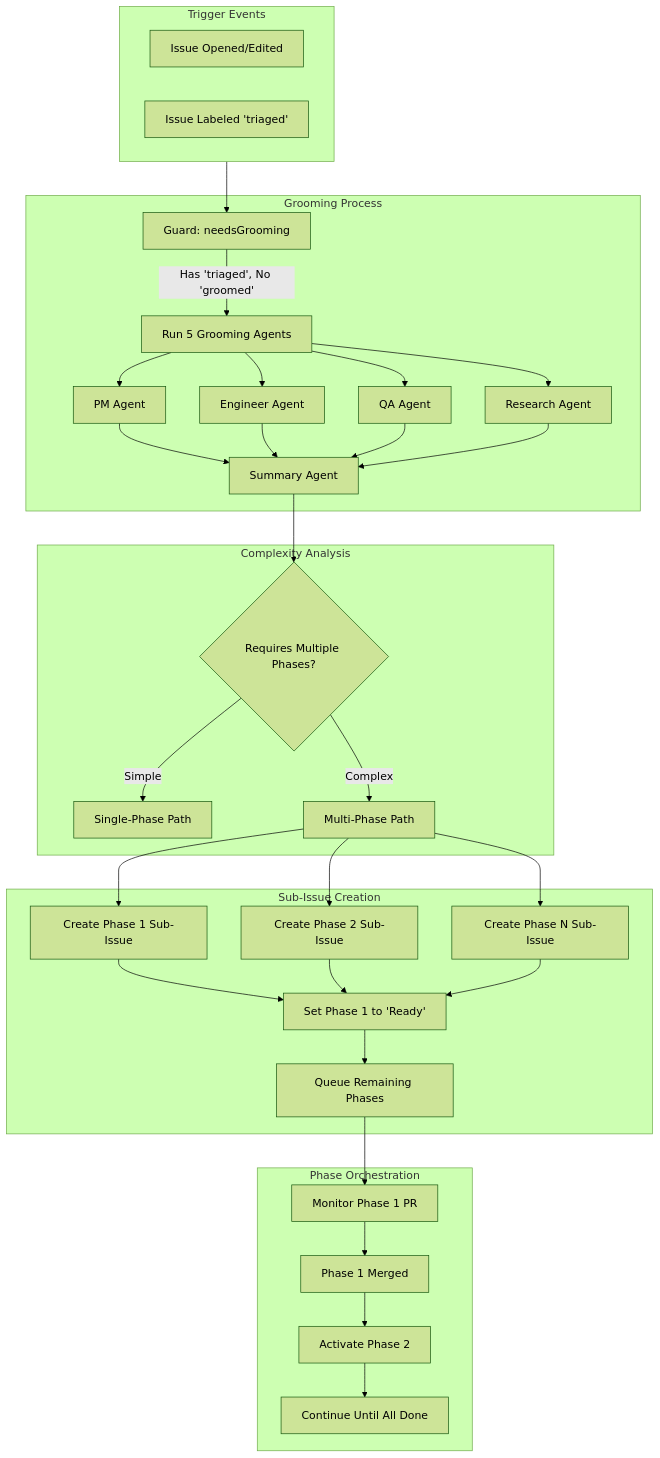
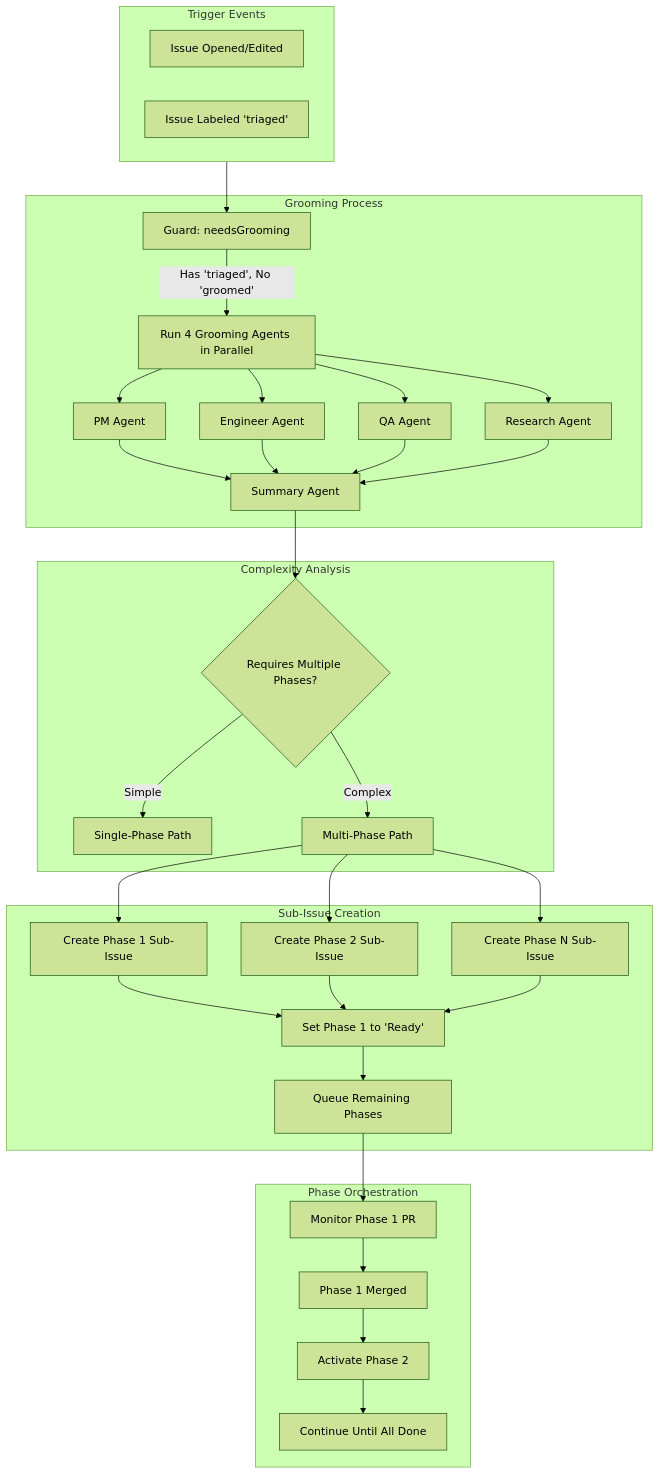
The first of 6 diagrams in docs/architecture.md (kevin-mind/nopo), drawn with Mermaid (forest theme) before and after one commit.

Commit message:
fix(docs): correct agent count in grooming architecture diagram
Update mermaid diagram to accurately reflect that 4 grooming agents
(PM, Engineer, QA, Research) run in parallel, not 5. The Summary Agent
runs after the 4 parallel agents complete to synthesize their outputs.

This matches the actual implementation in grooming.ts:119 and
grooming.ts:234, as well as the Performance section description at
line 510.

````diff
--- a/docs/architecture.md
+++ b/docs/architecture.md
@@ -9,58 +9,58 @@
 ```mermaid
 flowchart TB
     subgraph Trigger["Trigger Events"]
         T1[Issue Opened/Edited]
         T2[Issue Labeled 'triaged']
     end
 
     subgraph Grooming["Grooming Process"]
         G1[Guard: needsGrooming]
-        G2[Run 5 Grooming Agents]
+        G2[Run 4 Grooming Agents in Parallel]
         G3[PM Agent]
         G4[Engineer Agent]
         G5[QA Agent]
         G6[Research Agent]
         G7[Summary Agent]
     end
 
     subgraph Decision["Complexity Analysis"]
         D1{Requires Multiple Phases?}
         D2[Single-Phase Path]
         D3[Multi-Phase Path]
     end
 
     subgraph SubIssues["Sub-Issue Creation"]
         S1[Create Phase 1 Sub-Issue]
         S2[Create Phase 2 Sub-Issue]
         S3[Create Phase N Sub-Issue]
         S4[Set Phase 1 to 'Ready']
         S5[Queue Remaining Phases]
     end
 
     subgraph Orchestration["Phase Orchestration"]
         O1[Monitor Phase 1 PR]
         O2[Phase 1 Merged]
         O3[Activate Phase 2]
         O4[Continue Until All Done]
     end
 
     Trigger --> G1
     G1 --> |Has 'triaged', No 'groomed'| G2
     G2 --> G3 & G4 & G5 & G6
     G3 & G4 & G5 & G6 --> G7
     G7 --> D1
 
     D1 --> |Simple| D2
     D1 --> |Complex| D3
 
     D3 --> S1
     D3 --> S2
     D3 --> S3
     S1 & S2 & S3 --> S4
     S4 --> S5
 
     S5 --> O1
     O1 --> O2
     O2 --> O3
     O3 --> O4
 ```
````
